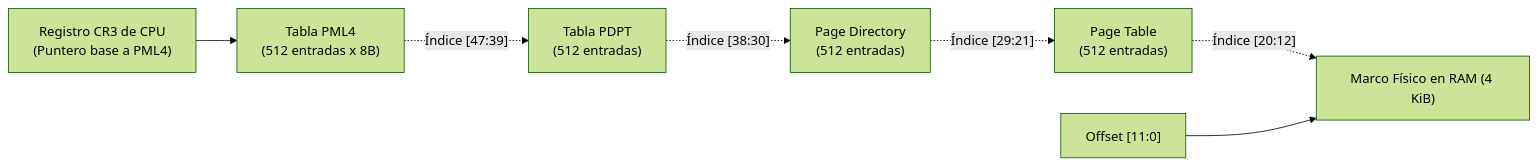
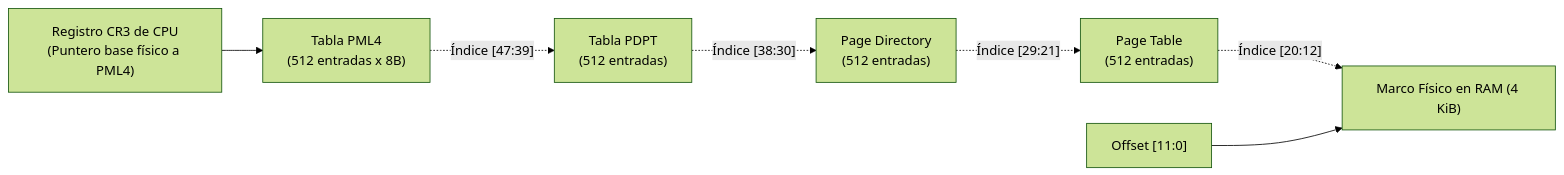
One commit to kalech7/notes changed the fourth of 6 diagrams in Obsidian/pregrado/Documentos/Arquitectura de computadores/Memoria Virtual, Paginacion y Arquitectura de la MMU.md. Above: the diagram before and after it, drawn with Mermaid (forest theme). The commit also changed other lines of this file and 7 other files, not shown here.

````diff
--- a/Obsidian/pregrado/Documentos/Arquitectura de computadores/Memoria Virtual, Paginacion y Arquitectura de la MMU.md
+++ b/Obsidian/pregrado/Documentos/Arquitectura de computadores/Memoria Virtual, Paginacion y Arquitectura de la MMU.md
@@ -174,9 +218,9 @@
 ```mermaid
 flowchart LR
-    CR3["Registro CR3 de CPU<br>(Puntero base a PML4)"] --> PML4["Tabla PML4<br>(512 entradas x 8B)"]
+    CR3["Registro CR3 de CPU<br>(Puntero base físico a PML4)"] --> PML4["Tabla PML4<br>(512 entradas x 8B)"]
     PML4 -. Índice [47:39] .-> PDPT["Tabla PDPT<br>(512 entradas)"]
     PDPT -. Índice [38:30] .-> PD["Page Directory<br>(512 entradas)"]
     PD -. Índice [29:21] .-> PT["Page Table<br>(512 entradas)"]
     PT -. Índice [20:12] .-> Frame["Marco Físico en RAM (4 KiB)"]
     Offset["Offset [11:0]"] --> Frame
 ```
````
